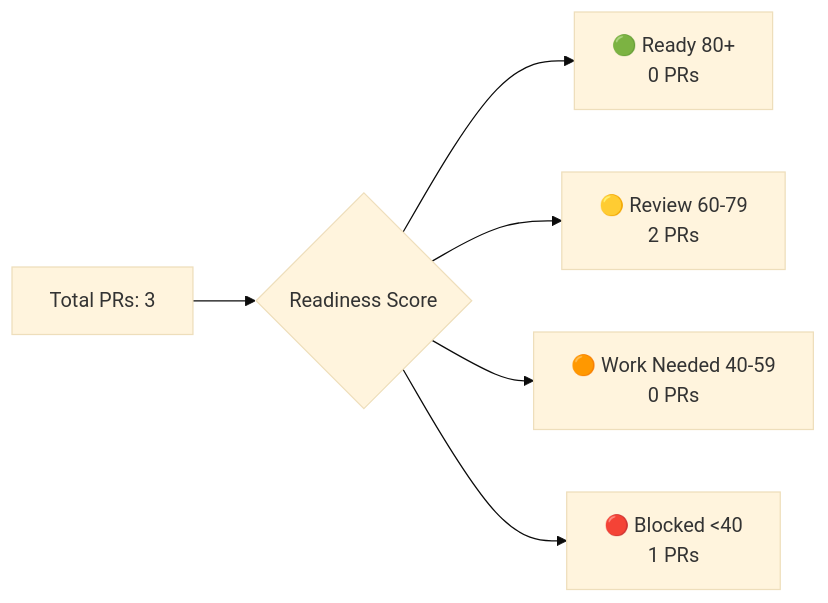
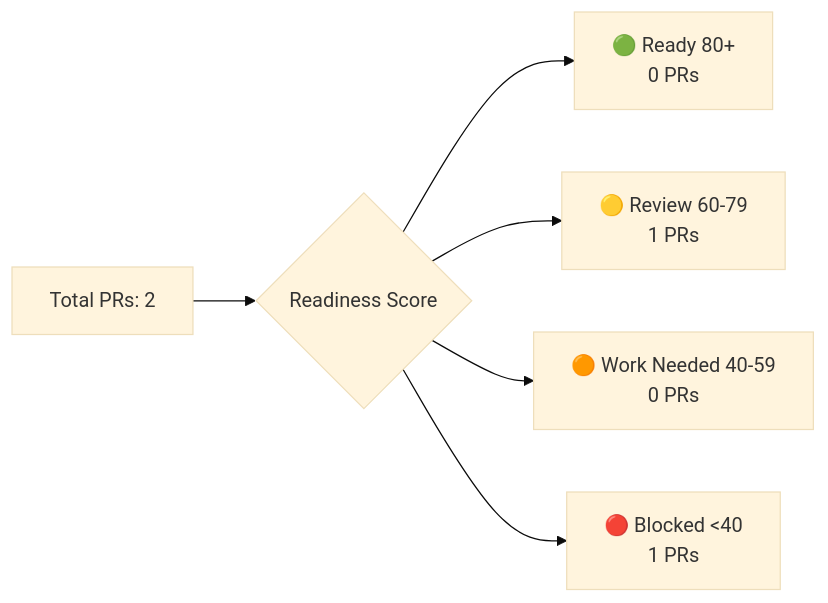
Before and after one commit to Nitsur10/invoice-dashboard-deploy: the third of 4 diagrams in docs/tracker.md, drawn with Mermaid (base theme). The commit also changed other lines of this file and 1 other file, not shown here.

First line of the commit message:
chore(tracker): update portfolio dashboard - 2 PRs, 5 issues

````diff
--- a/docs/tracker.md
+++ b/docs/tracker.md
@@ -40,8 +40,8 @@
 ```mermaid
 graph LR
-    A[Total PRs: 3] --> B{Readiness Score}
+    A[Total PRs: 2] --> B{Readiness Score}
     B --> C[🟢 Ready 80+<br/>0 PRs]
-    B --> D[🟡 Review 60-79<br/>2 PRs]
+    B --> D[🟡 Review 60-79<br/>1 PRs]
     B --> E[🟠 Work Needed 40-59<br/>0 PRs]
     B --> F[🔴 Blocked <40<br/>1 PRs]
 ```
````
